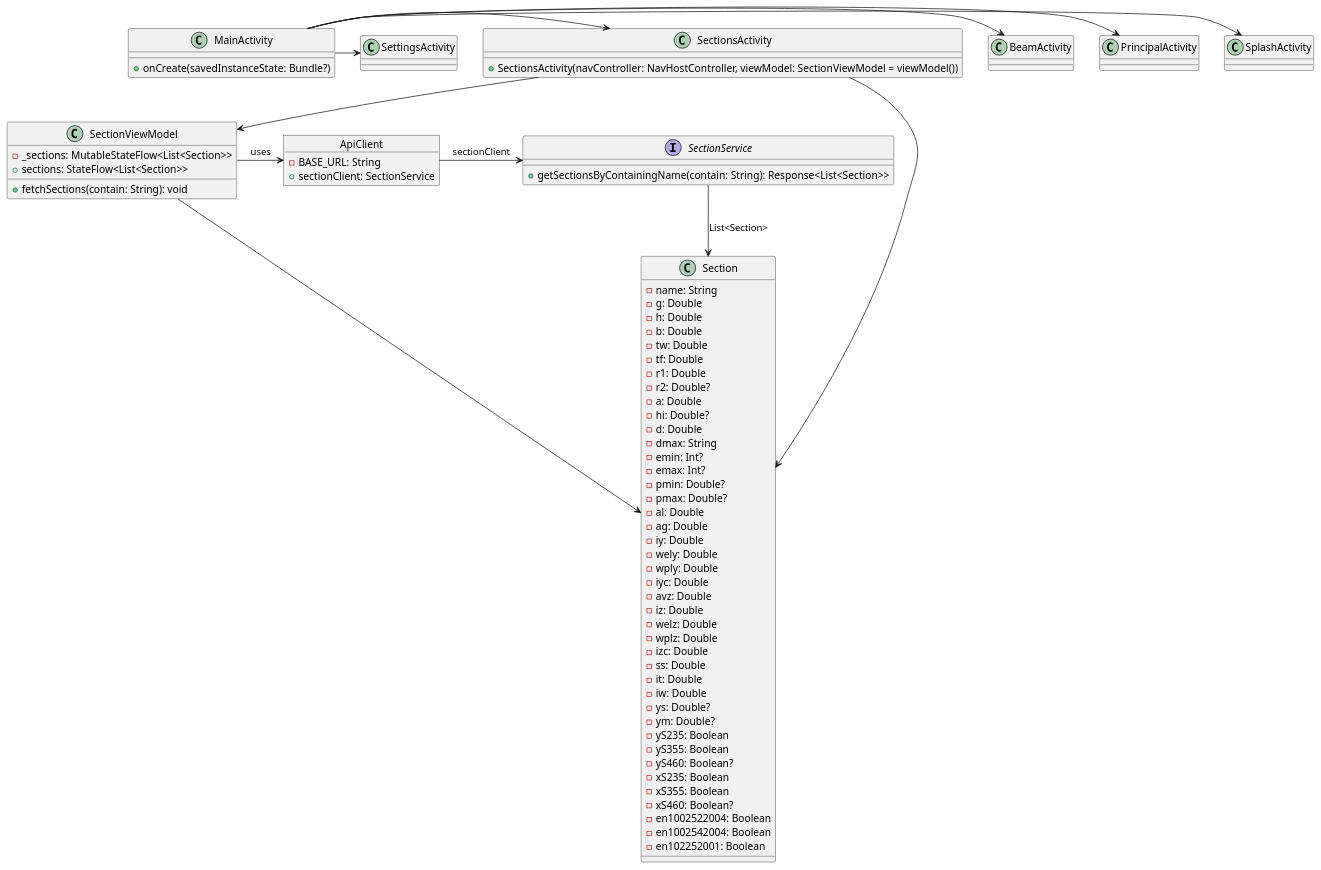
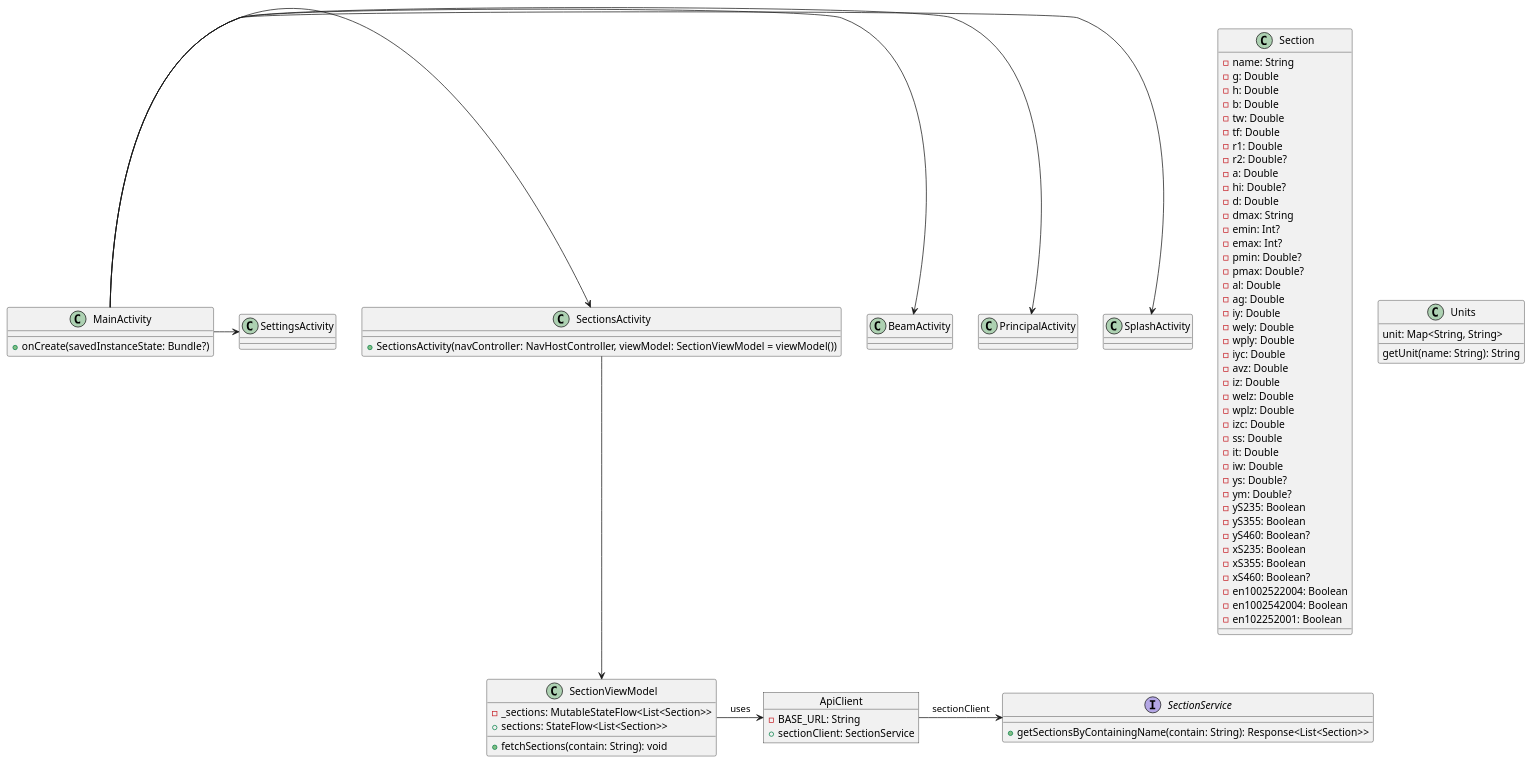
Before and after one commit to rlibanez/mr-beam: the diagram in plantuml.puml, drawn with PlantUML. The commit also changed 52 other files, not shown here.

```diff
--- a/plantuml.puml
+++ b/plantuml.puml
@@ -1,105 +1,110 @@
 @startuml
 
 ' Definir la clase Section
 class Section {
     -name: String
     -g: Double
     -h: Double
     -b: Double
     -tw: Double
     -tf: Double
     -r1: Double
     -r2: Double?
     -a: Double
     -hi: Double?
     -d: Double
     -dmax: String
     -emin: Int?
     -emax: Int?
     -pmin: Double?
     -pmax: Double?
     -al: Double
     -ag: Double
     -iy: Double
     -wely: Double
     -wply: Double
     -iyc: Double
     -avz: Double
     -iz: Double
     -welz: Double
     -wplz: Double
     -izc: Double
     -ss: Double
     -it: Double
     -iw: Double
     -ys: Double?
     -ym: Double?
     -yS235: Boolean
     -yS355: Boolean
     -yS460: Boolean?
     -xS235: Boolean
     -xS355: Boolean
     -xS460: Boolean?
     -en1002522004: Boolean
     -en1002542004: Boolean
     -en102252001: Boolean
 }
 
+class Units {
+    getUnit(name: String): String
+    unit: Map<String, String>
+}
+
 ' Definir la interfaz SectionService
 interface SectionService {
     +getSectionsByContainingName(contain: String): Response<List<Section>>
 }
 
 ' Definir el objeto ApiClient
 object ApiClient {
     -BASE_URL: String
     +sectionClient: SectionService
 }
 
 ' Relación entre ApiClient y SectionService
 ApiClient -> SectionService : sectionClient
 
 ' Relación entre SectionService y Section
-SectionService --> Section : List<Section>
+' SectionService --> Section : List<Section>
 
 ' Definir la clase MainActivity
 class MainActivity {
     +onCreate(savedInstanceState: Bundle?)
 }
 
 ' Definir las clases adicionales para las actividades
 class SplashActivity
 class PrincipalActivity
 class BeamActivity
 class SectionsActivity {
     +SectionsActivity(navController: NavHostController, viewModel: SectionViewModel = viewModel())
 }
 class SettingsActivity
 
 ' Relación entre MainActivity y las actividades
 MainActivity -> SplashActivity
 MainActivity -> PrincipalActivity
 MainActivity -> BeamActivity
 MainActivity -> SectionsActivity
 MainActivity -> SettingsActivity
 
 ' Relación entre SectionsActivity y Section
-SectionsActivity --> Section
+' SectionsActivity --> Section
 
 ' Relación entre SectionsActivity y SectionViewModel
 SectionsActivity --> SectionViewModel
 
 ' Definir la clase SectionViewModel
 class SectionViewModel {
     -_sections: MutableStateFlow<List<Section>>
     +sections: StateFlow<List<Section>>
     +fetchSections(contain: String): void
 }
 
 ' Relación entre SectionViewModel y Section
-SectionViewModel --> Section
+' SectionViewModel --> Section
 
 ' Relación entre SectionViewModel y ApiClient
 SectionViewModel -> ApiClient : uses
 
 @enduml
```
